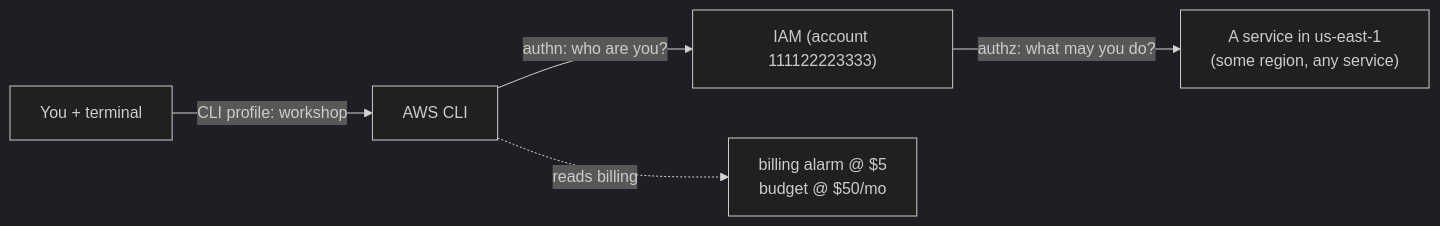
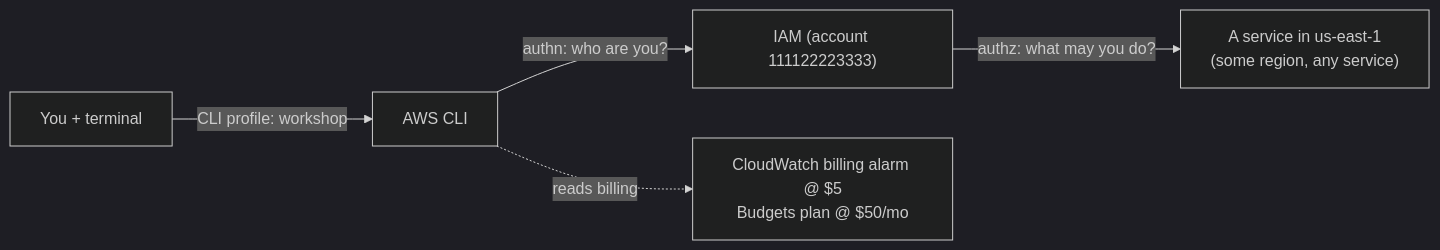
One commit to TamirOffen/aws-hafifa changed the diagram in docs/workshop/stage-01-account-iam-cli.md. Above: the diagram before and after it, drawn with Mermaid (dark theme). The commit also changed other lines of this file and 2 other files, not shown here.

````diff
--- a/docs/workshop/stage-01-account-iam-cli.md
+++ b/docs/workshop/stage-01-account-iam-cli.md
@@ -36,7 +42,7 @@
 ```mermaid
 flowchart LR
     You["You + terminal"] -->|CLI profile: workshop| CLI["AWS CLI"]
     CLI -->|"authn: who are you?"| IAM["IAM (account 111122223333)"]
     IAM -->|"authz: what may you do?"| AWS["A service in us-east-1<br/>(some region, any service)"]
-    CLI -.->|reads billing| Billing["billing alarm @ $5<br/>budget @ $50/mo"]
+    CLI -.->|reads billing| Billing["CloudWatch billing alarm @ $5<br/>Budgets plan @ $50/mo"]
 ```
````
